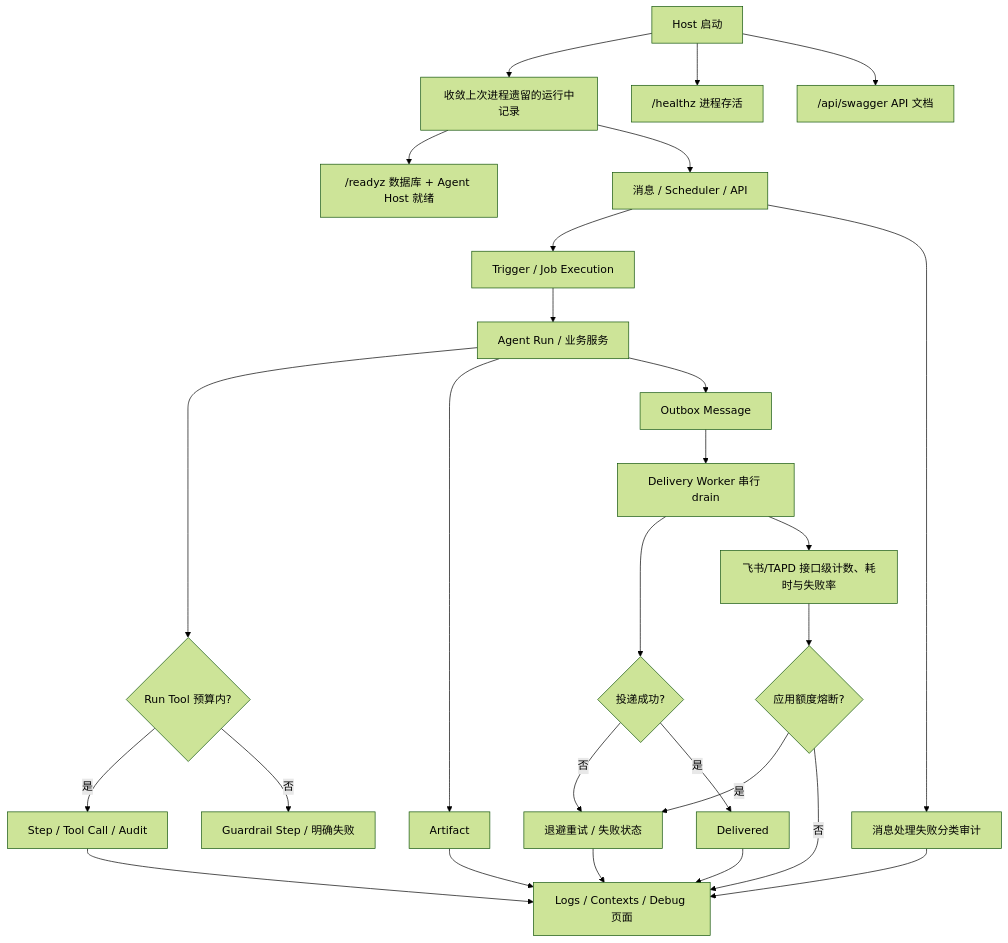
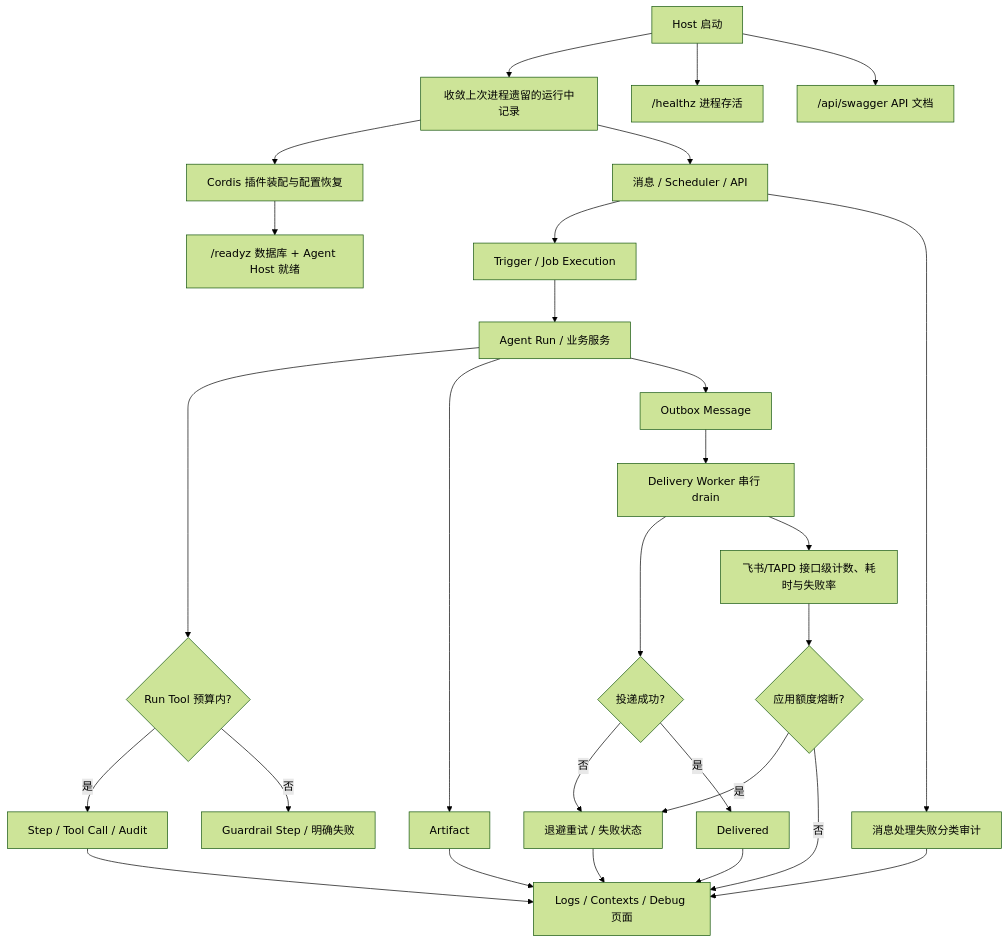
Before and after one commit to KlayPeter/AI-Delivery-Ops-Agent: the diagram in backend/src/platform/runtime/FEATURE.md, drawn with Mermaid (forest theme). The commit also changed other lines of this file and 47 other files, not shown here.

````diff
--- a/backend/src/platform/runtime/FEATURE.md
+++ b/backend/src/platform/runtime/FEATURE.md
@@ -21,29 +21,30 @@
 ```mermaid
 flowchart TD
     R["Host 启动"] --> S["收敛上次进程遗留的运行中记录"]
     R --> Q["/healthz 进程存活"]
     R --> OAPI["/api/swagger API 文档"]
-    S --> Z["/readyz 数据库 + Agent Host 就绪"]
+    S --> P["Cordis 插件装配与配置恢复"]
+    P --> Z["/readyz 数据库 + Agent Host 就绪"]
     S --> A["消息 / Scheduler / API"]
     A --> B["Trigger / Job Execution"]
     B --> C["Agent Run / 业务服务"]
     C --> L{"Run Tool 预算内?"}
     L -- 是 --> D["Step / Tool Call / Audit"]
     L -- 否 --> M["Guardrail Step / 明确失败"]
     C --> E["Artifact"]
     C --> F["Outbox Message"]
     F --> G["Delivery Worker 串行 drain"]
     G --> H{"投递成功?"}
     H -- 否 --> I["退避重试 / 失败状态"]
     H -- 是 --> J["Delivered"]
     D --> K["Logs / Contexts / Debug 页面"]
     A --> X["消息处理失败分类审计"]
     X --> K
     E --> K
     I --> K
     J --> K
     G --> Y["飞书/TAPD 接口级计数、耗时与失败率"]
     Y --> Z1{"应用额度熔断?"}
     Z1 -- "是" --> I
     Z1 -- "否" --> K
 ```
````
